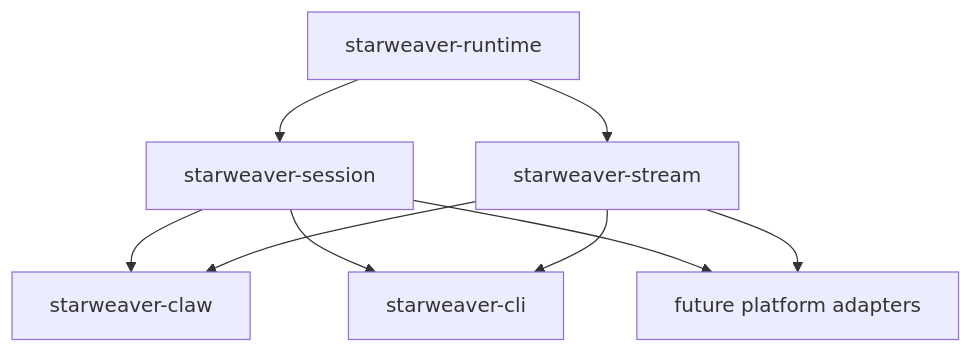
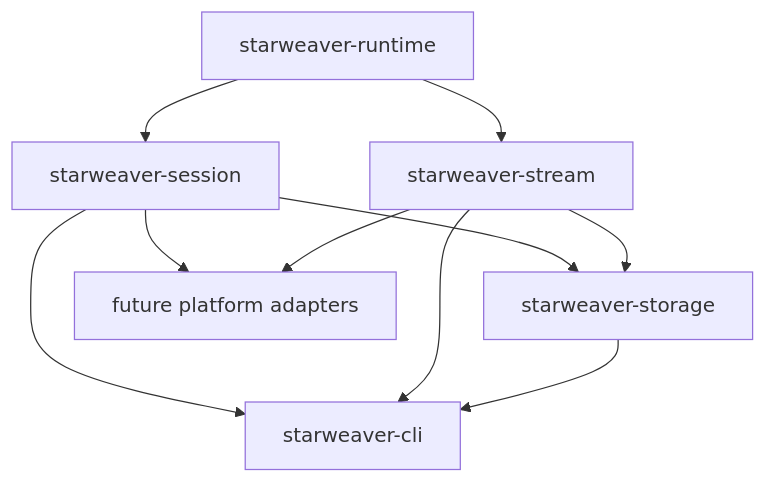
The diagram in docs/session-stream.md (Wh1isper/starweaver), drawn with Mermaid before and after one commit. The commit also changed other lines of this file and 216 other files, not shown here.

````diff
--- a/docs/session-stream.md
+++ b/docs/session-stream.md
@@ -5,18 +5,19 @@
 ```mermaid
 flowchart TD
     runtime[starweaver-runtime]
     session[starweaver-session]
     stream[starweaver-stream]
-    claw[starweaver-claw]
+    storage[starweaver-storage]
     cli[starweaver-cli]
     platform[future platform adapters]
 
     runtime --> session
     runtime --> stream
-    session --> claw
-    stream --> claw
+    session --> storage
+    stream --> storage
     session --> cli
     stream --> cli
+    storage --> cli
     session --> platform
     stream --> platform
 ```
````
